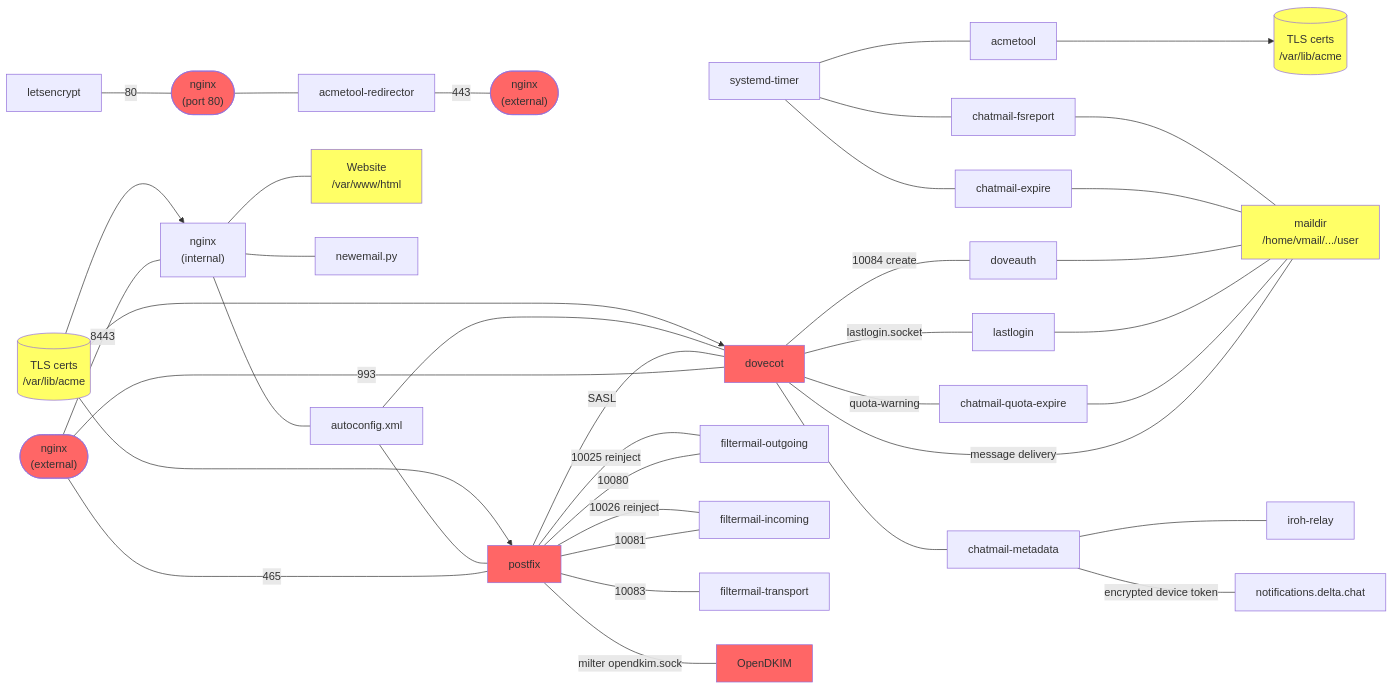
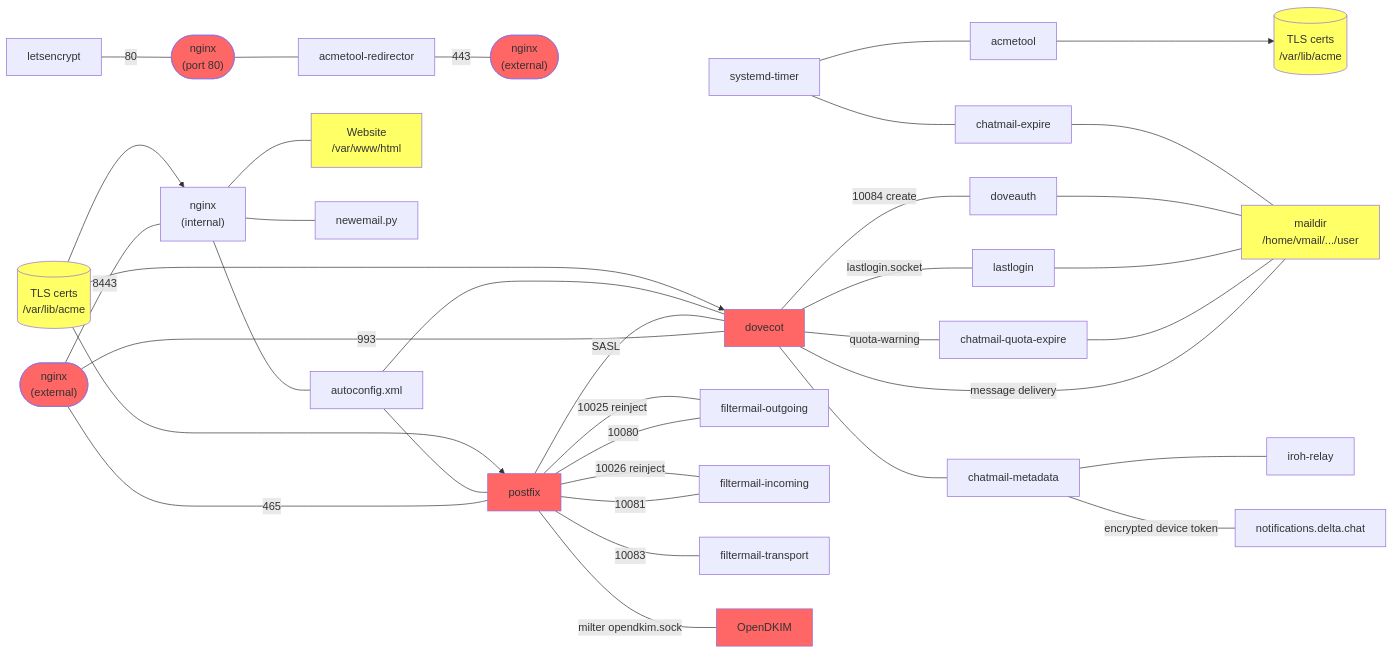
The diagram in doc/diagrams/components.mmd (hpk42/cmrelay), drawn with Mermaid before and after one commit. The commit also changed 29 other files, not shown here.

```diff
--- a/doc/diagrams/components.mmd
+++ b/doc/diagrams/components.mmd
@@ -1,56 +1,54 @@
 graph LR;
     letsencrypt --- |80|nginx-http(["`nginx
     (port 80)`"]);
     nginx-http --- acmetool-redirector;
     acmetool-redirector --- |443|nginx-right(["`nginx
     (external)`"]);
     nginx-external --- |465|postfix;
     nginx-external(["`nginx
     (external)`"]) --- |8443|nginx-internal["`nginx
     (internal)`"];
     nginx-internal --- website["`Website
     /var/www/html`"];
     nginx-internal --- newemail.py;
     nginx-internal --- autoconfig.xml;
     certs-nginx[("`TLS certs
     /var/lib/acme`")] --> nginx-internal;
     systemd-timer --- acmetool;
     systemd-timer --- chatmail-expire;
-    systemd-timer --- chatmail-fsreport;
     acmetool --> certs[("`TLS certs
     /var/lib/acme`")];
     nginx-external --- |993|dovecot;
     postfix --- |SASL|dovecot;
     autoconfig.xml --- postfix;
     autoconfig.xml --- dovecot;
     postfix --- |10080|filtermail-outgoing;
     postfix --- |10081|filtermail-incoming;
     postfix --- |10083|filtermail-transport;
     filtermail-outgoing --- |10025 reinject|postfix;
     filtermail-incoming --- |10026 reinject|postfix;
     postfix --- |milter opendkim.sock|OpenDKIM
     dovecot --- |10084 create|doveauth;
     dovecot --- |message delivery|maildir["maildir
     /home/vmail/.../user"];
     dovecot --- |lastlogin.socket|lastlogin;
     dovecot --- chatmail-metadata;
     dovecot --- |quota-warning|chatmail-quota-expire;
     chatmail-quota-expire --- maildir;
     lastlogin --- maildir;
     doveauth --- maildir;
     chatmail-expire --- maildir;
-    chatmail-fsreport --- maildir;
     chatmail-metadata --- iroh-relay;
     chatmail-metadata --- |encrypted device token| notifications.delta.chat;
     certs-nginx --> postfix;
     certs-nginx --> dovecot;
     style certs fill:#ff6;
     style website fill:#ff6;
     style maildir fill:#ff6;
     style certs-nginx fill:#ff6;
     style nginx-external fill:#f66;
     style nginx-right fill:#f66;
     style postfix fill:#f66;
     style dovecot fill:#f66;
     style OpenDKIM fill:#f66;
     style nginx-http fill:#f66;
```
